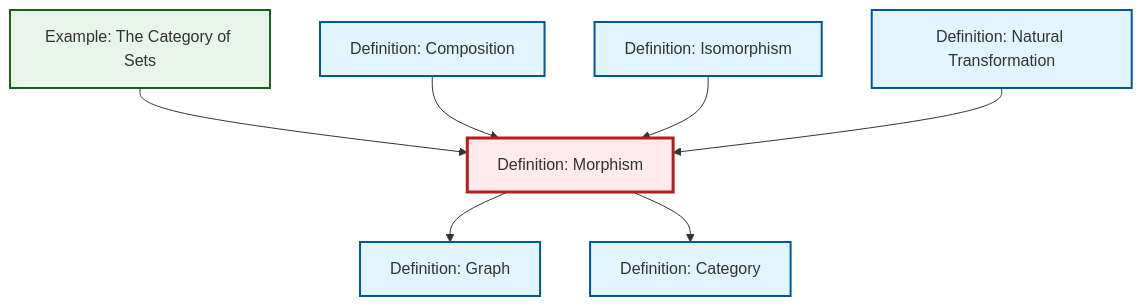
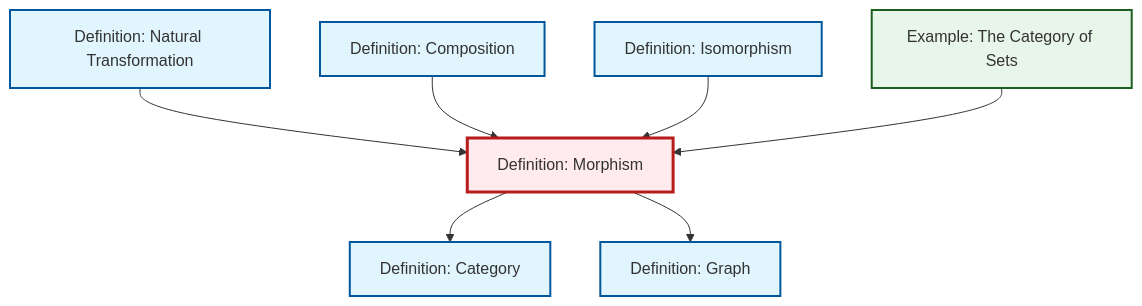
Before and after one commit to RK0429/ModernMath: the diagram in content/ja/category-theory/def-morphism.qmd, drawn with Mermaid. The commit also changed other lines of this file and 554 other files, not shown here.

````diff
--- a/content/ja/category-theory/def-morphism.qmd
+++ b/content/ja/category-theory/def-morphism.qmd
@@ -57,29 +57,29 @@
 ```{mermaid}
 %%| fig-cap: "Local dependency graph"
 graph TD
     classDef definition fill:#e1f5fe,stroke:#01579b,stroke-width:2px
     classDef theorem fill:#f3e5f5,stroke:#4a148c,stroke-width:2px
     classDef axiom fill:#fff3e0,stroke:#e65100,stroke-width:2px
     classDef example fill:#e8f5e9,stroke:#1b5e20,stroke-width:2px
     classDef current fill:#ffebee,stroke:#b71c1c,stroke-width:3px
+    ex-set-category["Example: The Category of Sets"]:::example
+    def-category["Definition: Category"]:::definition
     def-natural-transformation["Definition: Natural Transformation"]:::definition
-    def-morphism["Definition: Morphism"]:::definition
-    def-category["Definition: Category"]:::definition
-    ex-set-category["Example: The Category of Sets"]:::example
-    def-composition["Definition: Composition"]:::definition
     def-graph["Definition: Graph"]:::definition
     def-isomorphism["Definition: Isomorphism"]:::definition
-    ex-set-category --> def-morphism
+    def-morphism["Definition: Morphism"]:::definition
+    def-composition["Definition: Composition"]:::definition
+    def-natural-transformation --> def-morphism
     def-composition --> def-morphism
-    def-morphism --> def-graph
     def-isomorphism --> def-morphism
     def-morphism --> def-category
-    def-natural-transformation --> def-morphism
+    def-morphism --> def-graph
+    ex-set-category --> def-morphism
     class def-morphism current
+    click ex-set-category "ex-set-category.html" "Example: The Category of Setsへ"
+    click def-category "def-category.html" "Definition: Categoryへ"
     click def-natural-transformation "def-natural-transformation.html" "Definition: Natural Transformationへ"
-    click def-category "def-category.html" "Definition: Categoryへ"
-    click ex-set-category "ex-set-category.html" "Example: The Category of Setsへ"
-    click def-composition "def-composition.html" "Definition: Compositionへ"
     click def-graph "def-graph.html" "Definition: Graphへ"
     click def-isomorphism "def-isomorphism.html" "Definition: Isomorphismへ"
+    click def-composition "def-composition.html" "Definition: Compositionへ"
 ```
````
